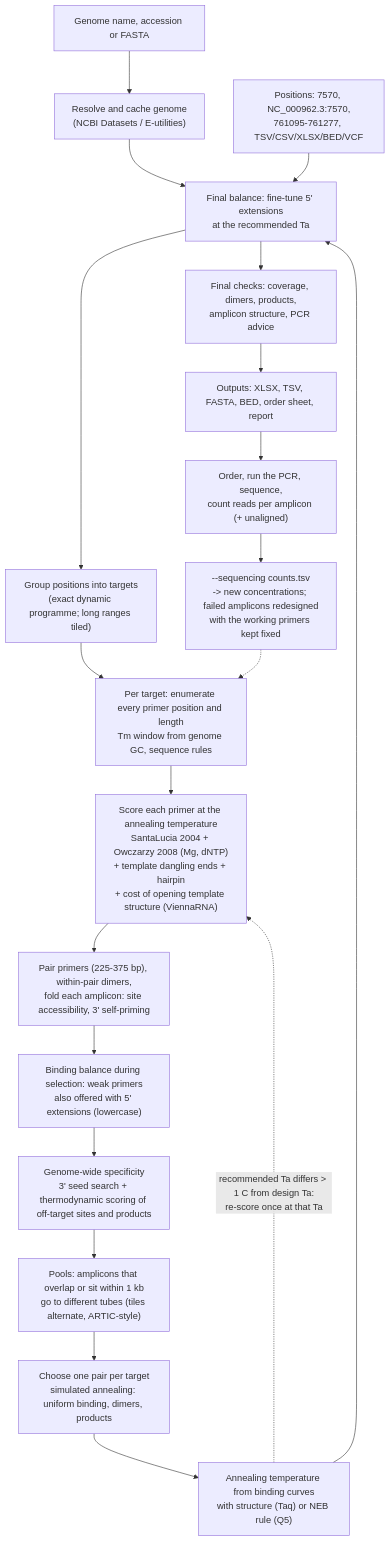
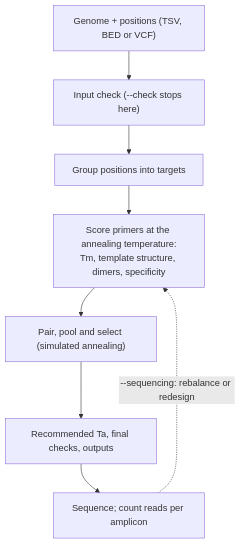
Before and after one commit to SemiQuant/PrimerJinn: the diagram in README.md, drawn with Mermaid. The commit also changed other lines of this file, not shown here.

Commit message:
README: condense the How it works flowchart to a third of its height
Seven short nodes instead of nineteen; the old chart also reused node id K,
so the input-check box was rendered with the final-balance label.

Claude-Session: https://claude.ai/code/session_018exyEaxZKthPA17JYid4Do

````diff
--- a/README.md
+++ b/README.md
@@ -131,22 +131,10 @@
 ```mermaid
 flowchart TD
-    A["Genome name, accession or FASTA"] --> B["Resolve and cache genome<br/>(NCBI Datasets / E-utilities)"]
-    P["Positions: 7570, NC_000962.3:7570,<br/>761095-761277, TSV/CSV/XLSX/BED/VCF"] --> K
-    B --> K["Input check: names, ranges, VCF REF vs genome,<br/>N gaps, settings, software (stops on errors; --check stops here)"]
-    K --> C["Group positions into targets<br/>(exact dynamic programme; long ranges tiled)"]
-    C --> D["Per target: enumerate every primer position and length<br/>Tm window from genome GC, sequence rules"]
-    D --> E["Score each primer at the annealing temperature<br/>SantaLucia 2004 + Owczarzy 2008 (Mg, dNTP)<br/>+ template dangling ends + hairpin<br/>+ cost of opening template structure (ViennaRNA)"]
-    E --> F["Pair primers (225-375 bp), within-pair dimers,<br/>fold each amplicon: site accessibility, 3' self-priming"]
-    F --> F2["Binding balance during selection: weak primers<br/>also offered with 5' extensions (lowercase)"]
-    F2 --> G["Genome-wide specificity<br/>3' seed search + thermodynamic scoring of off-target sites and products"]
-    G --> H["Pools: amplicons that overlap or sit within 1 kb<br/>go to different tubes (tiles alternate, ARTIC-style)"]
-    H --> I["Choose one pair per target<br/>simulated annealing: uniform binding, dimers, products"]
-    I --> J["Annealing temperature from binding curves<br/>with structure (Taq) or NEB rule (Q5)"]
-    J --> K["Final balance: fine-tune 5' extensions<br/>at the recommended Ta"]
-    K --> L["Final checks: coverage, dimers, products,<br/>amplicon structure, PCR advice"]
-    L --> M["Outputs: XLSX, TSV, FASTA, BED, order sheet, report"]
-    J -. "recommended Ta differs > 1 C from design Ta:<br/>re-score once at that Ta" .-> E
-    M --> N["Order, run the PCR, sequence,<br/>count reads per amplicon (+ unaligned)"]
-    N --> O["--sequencing counts.tsv<br/>-> new concentrations; failed amplicons redesigned<br/>with the working primers kept fixed"]
-    O -.-> D
+    A["Genome + positions (TSV, BED or VCF)"] --> B["Input check (--check stops here)"]
+    B --> C["Group positions into targets"]
+    C --> D["Score primers at the annealing temperature:<br/>Tm, template structure, dimers, specificity"]
+    D --> E["Pair, pool and select (simulated annealing)"]
+    E --> F["Recommended Ta, final checks, outputs"]
+    F --> G["Sequence; count reads per amplicon"]
+    G -. "--sequencing: rebalance or redesign" .-> D
 ```
````
